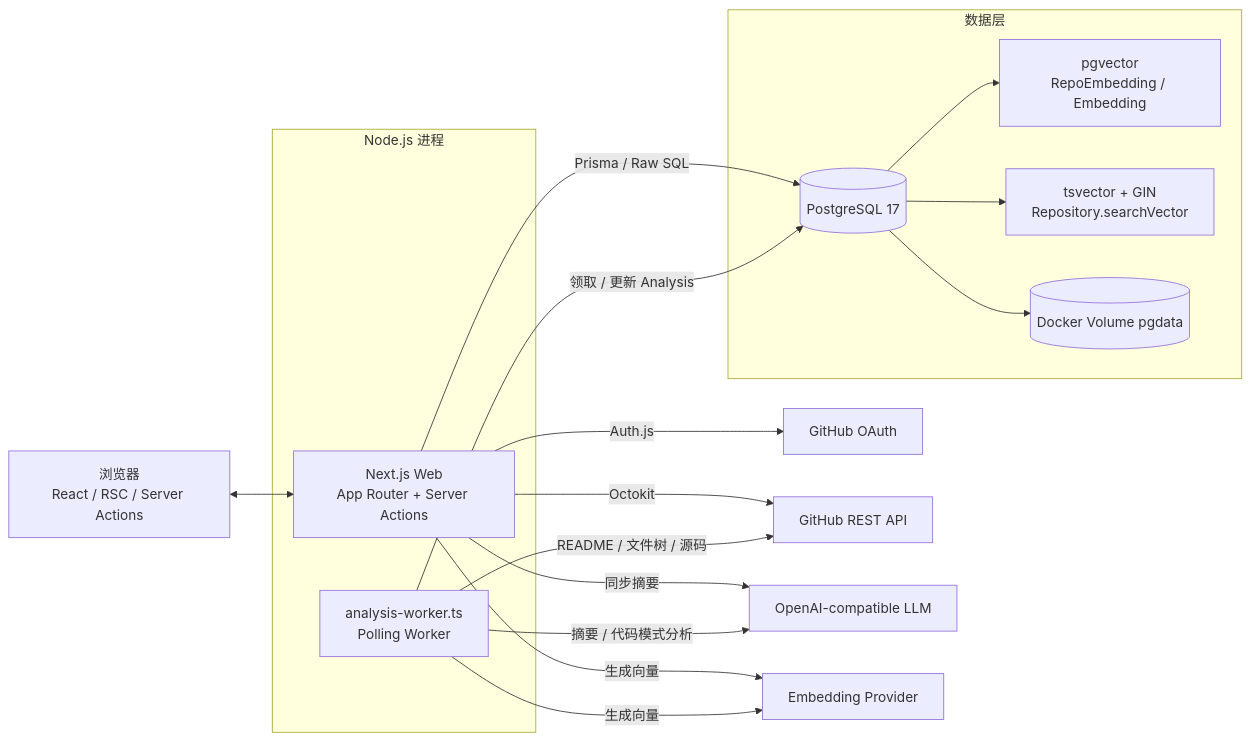
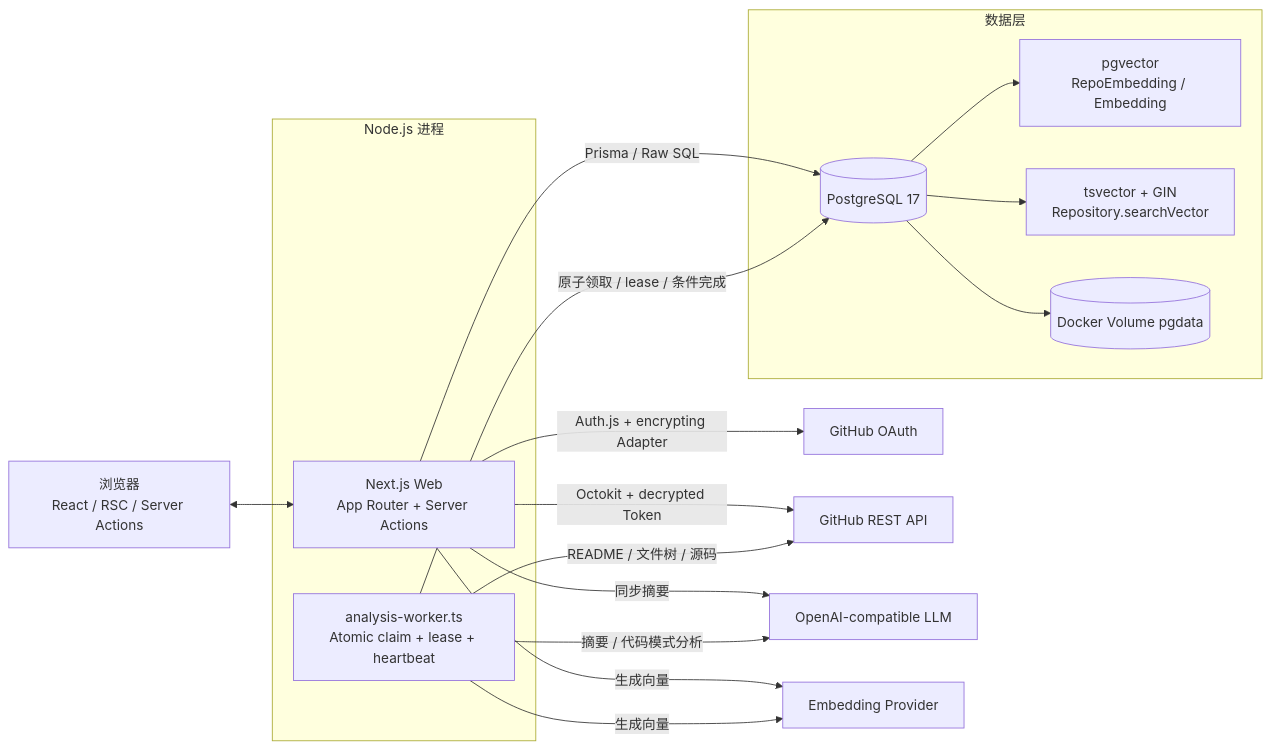
The first of 2 diagrams in docs/ARCHITECTURE.md (zhongli369/github-knowledge-hub), drawn with Mermaid before and after one commit. The commit also changed other lines of this file and 3 other files, not shown here.

````diff
--- a/docs/ARCHITECTURE.md
+++ b/docs/ARCHITECTURE.md
@@ -19,35 +19,35 @@
 ```mermaid
 flowchart LR
     Browser["浏览器<br/>React / RSC / Server Actions"]
 
     subgraph NodeHost["Node.js 进程"]
         Web["Next.js Web<br/>App Router + Server Actions"]
-        Worker["analysis-worker.ts<br/>Polling Worker"]
+        Worker["analysis-worker.ts<br/>Atomic claim + lease + heartbeat"]
     end
 
     subgraph Data["数据层"]
         DB[("PostgreSQL 17")]
         PGVector["pgvector<br/>RepoEmbedding / Embedding"]
         FTS["tsvector + GIN<br/>Repository.searchVector"]
         Volume[("Docker Volume pgdata")]
         DB --> PGVector
         DB --> FTS
         DB --> Volume
     end
 
     OAuth["GitHub OAuth"]
     GitHub["GitHub REST API"]
     LLM["OpenAI-compatible LLM"]
     Embed["Embedding Provider"]
 
     Browser <--> Web
-    Web -->|"Auth.js"| OAuth
-    Web -->|"Octokit"| GitHub
+    Web -->|"Auth.js + encrypting Adapter"| OAuth
+    Web -->|"Octokit + decrypted Token"| GitHub
     Web -->|"同步摘要"| LLM
     Web -->|"Prisma / Raw SQL"| DB
     Web -->|"生成向量"| Embed
-    Worker -->|"领取 / 更新 Analysis"| DB
+    Worker -->|"原子领取 / lease / 条件完成"| DB
     Worker -->|"README / 文件树 / 源码"| GitHub
     Worker -->|"摘要 / 代码模式分析"| LLM
     Worker -->|"生成向量"| Embed
 ```
````
